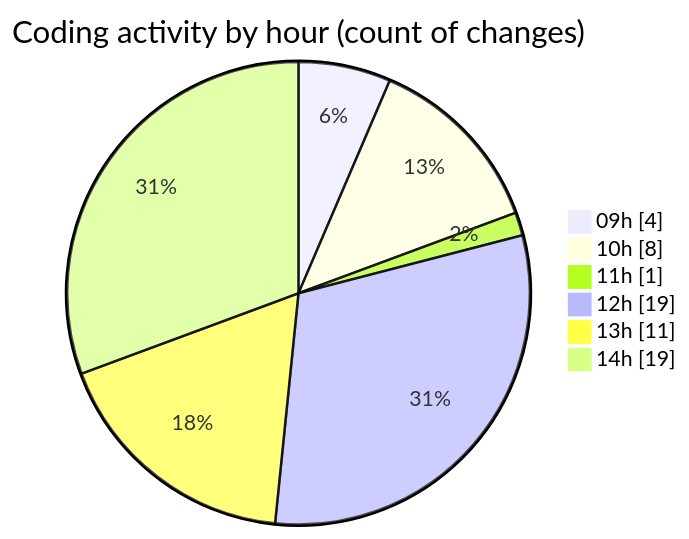
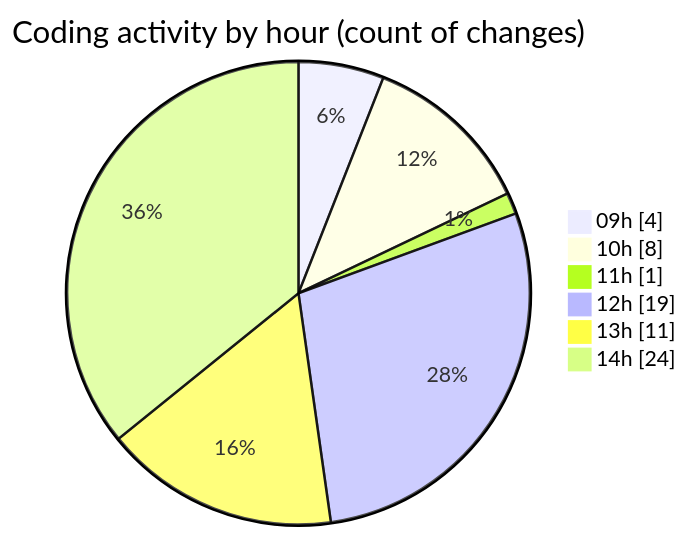
The second of 2 diagrams in 2026-02-18/nxtqube_webapp/README.md (nxtqubesakshisongat/code-tracking), drawn with Mermaid before and after one commit. The commit also changed other lines of this file and 1 other file, not shown here.

````diff
--- a/2026-02-18/nxtqube_webapp/README.md
+++ b/2026-02-18/nxtqube_webapp/README.md
@@ -36,10 +36,10 @@
 ```mermaid
 pie showData
 title Coding activity by hour (count of changes)
 "09h" : 4
 "10h" : 8
 "11h" : 1
 "12h" : 19
 "13h" : 11
-"14h" : 19
+"14h" : 24
 ```
````
